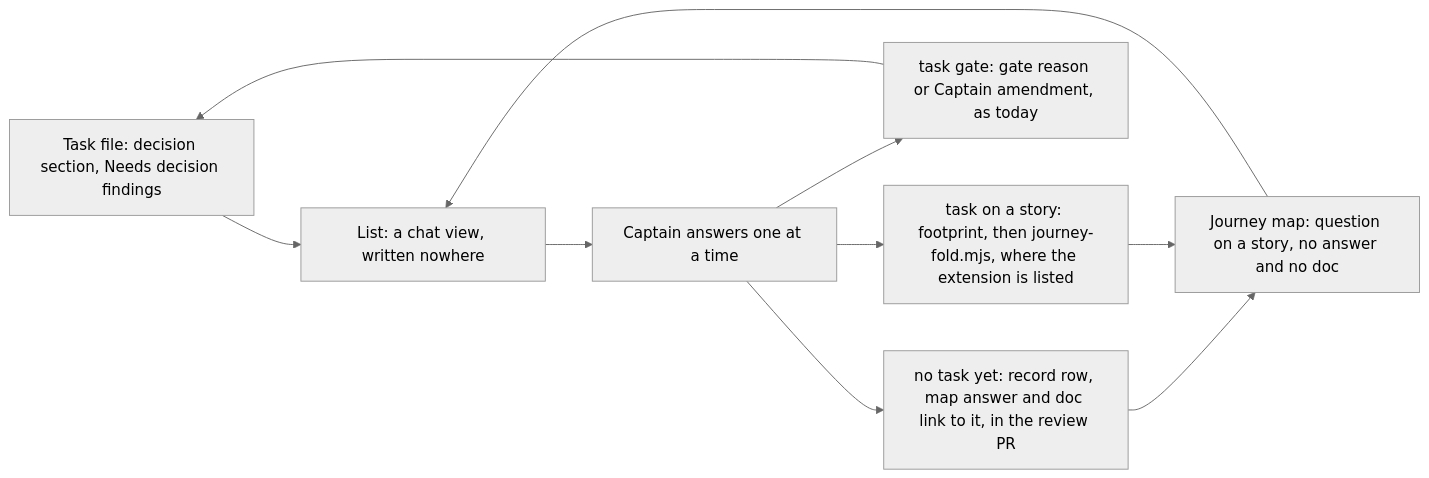
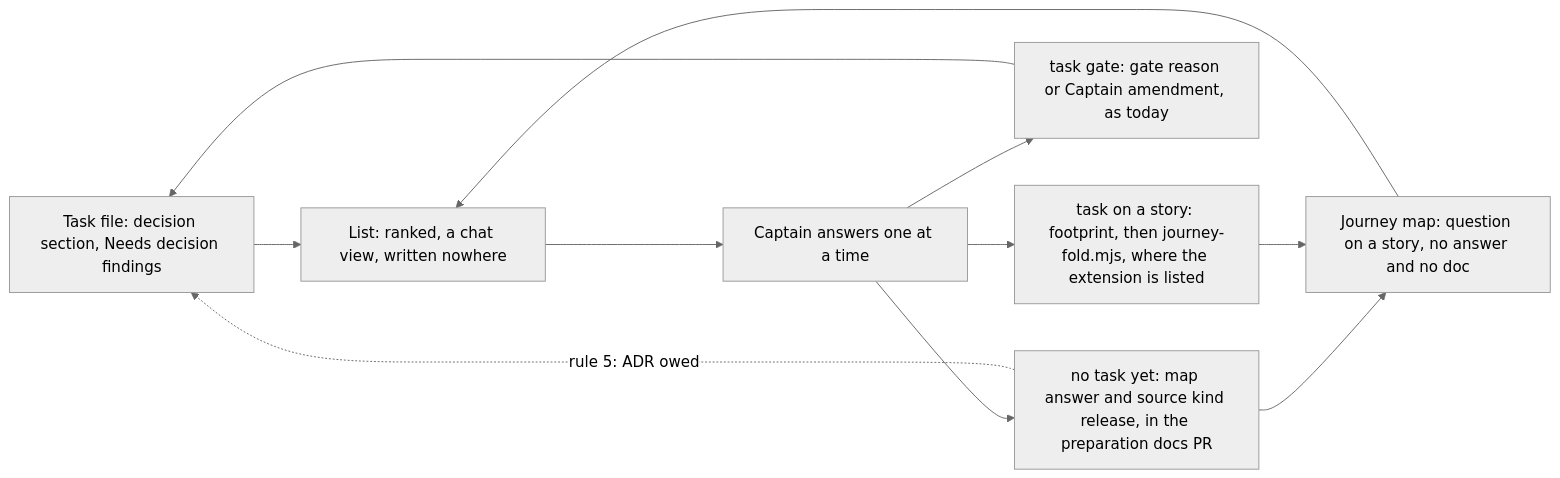
Before and after one commit to iamcxa/kc-claude-plugins: the second of 2 diagrams in new-work-starts-from-a-story-map.md, drawn with Mermaid (neutral theme). The commit also changed other lines of this file, not shown here.

Commit message:
state: new-work-starts-from-a-story-map ideation cycle 3: redesign under D1-D4 rulings, D5 open

````diff
--- a/new-work-starts-from-a-story-map.md
+++ b/new-work-starts-from-a-story-map.md
@@ -198,12 +207,13 @@
 ```mermaid
 flowchart LR
     T["Task file: decision section, Needs decision findings"] --> V
     J["Journey map: question on a story, no answer and no doc"] --> V
-    V["List: a chat view, written nowhere"] --> Q["Captain answers one at a time"]
-    Q --> R0["no task yet: record row, map answer and doc link to it, in the review PR"]
+    V["List: ranked, a chat view, written nowhere"] --> Q["Captain answers one at a time"]
+    Q --> R0["no task yet: map answer and source kind release, in the preparation docs PR"]
     Q --> R1["task gate: gate reason or Captain amendment, as today"]
     Q --> R2["task on a story: footprint, then journey-fold.mjs, where the extension is listed"]
     R0 --> J
+    R0 -. "rule 5: ADR owed" .-> T
     R1 --> T
     R2 --> J
 ```
````
